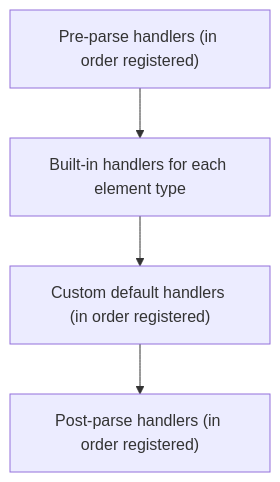
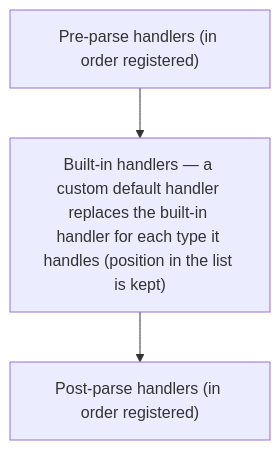
One commit to CaptainGlac1er/activiti-documentation changed the second of 2 diagrams in docs/advanced/custom-parse-handlers.md. Above: the diagram before and after it, drawn with Mermaid. The commit also changed other lines of this file and 72 other files, not shown here.

````diff
--- a/docs/advanced/custom-parse-handlers.md
+++ b/docs/advanced/custom-parse-handlers.md
@@ -241,6 +241,5 @@
 ```mermaid
 flowchart TD
-    A["Pre-parse handlers (in order registered)"] --> B["Built-in handlers for each element type"]
-    B --> C["Custom default handlers (in order registered)"]
-    C --> D["Post-parse handlers (in order registered)"]
+    A["Pre-parse handlers (in order registered)"] --> B["Built-in handlers — a custom default handler replaces the built-in handler for each type it handles (position in the list is kept)"]
+    B --> C["Post-parse handlers (in order registered)"]
 ```
````
